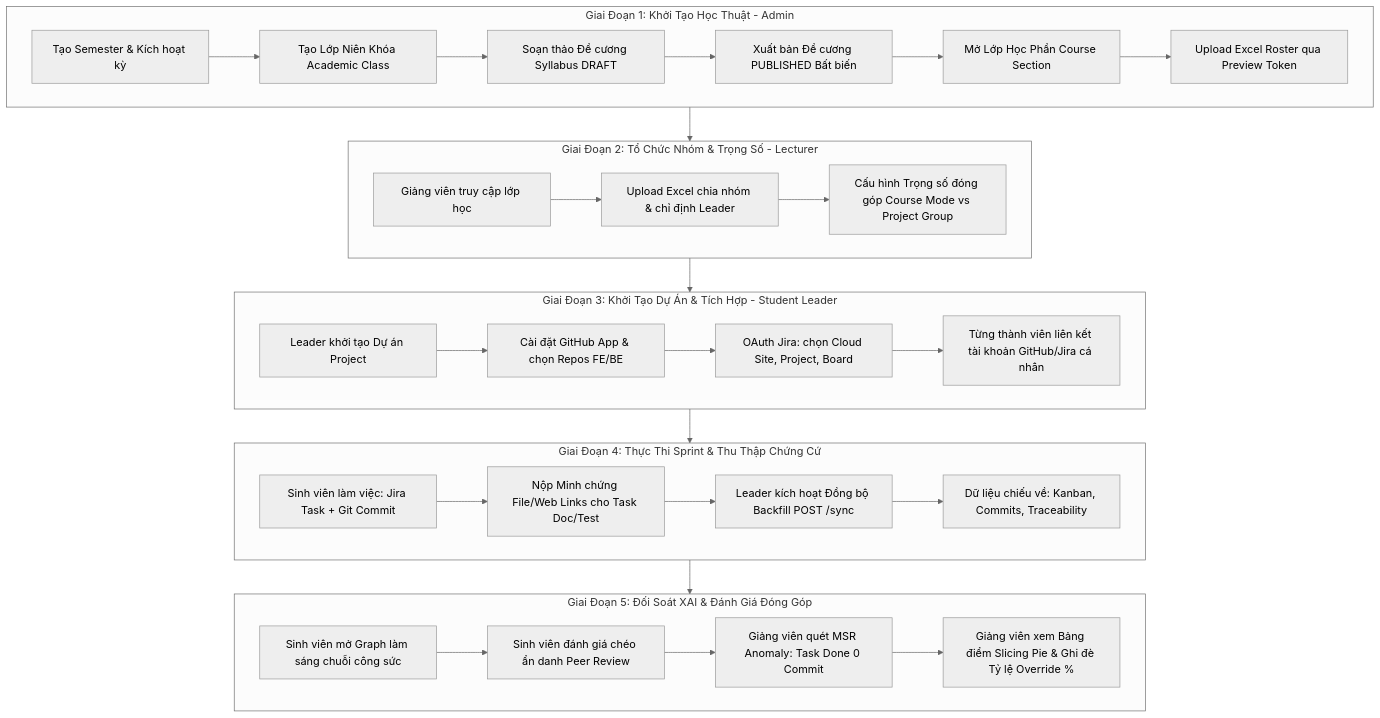
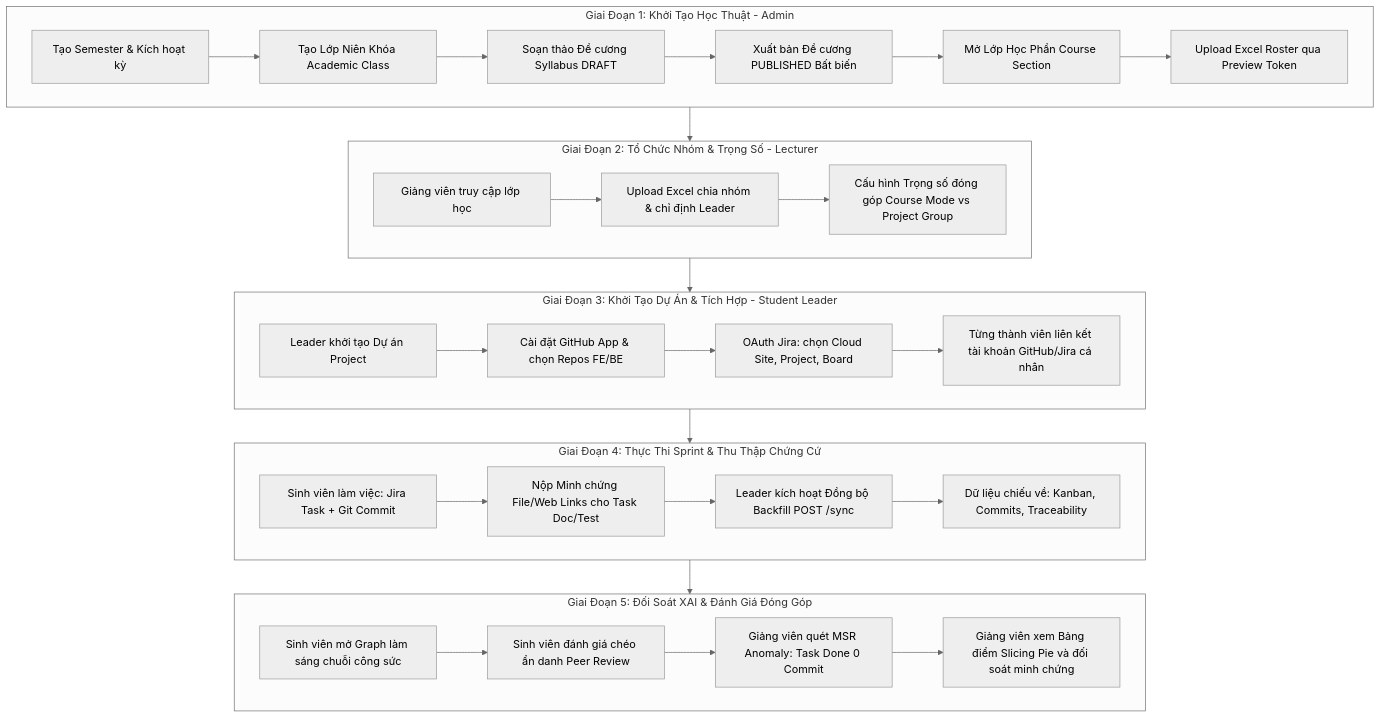
The diagram in docs/capstone-defense/04-main-flow-and-capstone-case-study.md (Saga-Learning-to-Hero/saga-fe), drawn with Mermaid (neutral theme) before and after one commit. The commit also changed other lines of this file and 13 other files, not shown here.

````diff
--- a/docs/capstone-defense/04-main-flow-and-capstone-case-study.md
+++ b/docs/capstone-defense/04-main-flow-and-capstone-case-study.md
@@ -31,35 +31,35 @@
 ```mermaid
 flowchart TD
     subgraph G1 [Giai Đoạn 1: Khởi Tạo Học Thuật - Admin]
         A1[Tạo Semester & Kích hoạt kỳ] --> A2[Tạo Lớp Niên Khóa Academic Class]
         A2 --> A3[Soạn thảo Đề cương Syllabus DRAFT]
         A3 --> A4[Xuất bản Đề cương PUBLISHED Bất biến]
         A4 --> A5[Mở Lớp Học Phần Course Section]
         A5 --> A6[Upload Excel Roster qua Preview Token]
     end
 
     subgraph G2 [Giai Đoạn 2: Tổ Chức Nhóm & Trọng Số - Lecturer]
         B1[Giảng viên truy cập lớp học] --> B2[Upload Excel chia nhóm & chỉ định Leader]
         B2 --> B3[Cấu hình Trọng số đóng góp Course Mode vs Project Group]
     end
 
     subgraph G3 [Giai Đoạn 3: Khởi Tạo Dự Án & Tích Hợp - Student Leader]
         C1[Leader khởi tạo Dự án Project] --> C2[Cài đặt GitHub App & chọn Repos FE/BE]
         C2 --> C3[OAuth Jira: chọn Cloud Site, Project, Board]
         C3 --> C4[Từng thành viên liên kết tài khoản GitHub/Jira cá nhân]
     end
 
     subgraph G4 [Giai Đoạn 4: Thực Thi Sprint & Thu Thập Chứng Cứ]
         D1[Sinh viên làm việc: Jira Task + Git Commit] --> D2[Nộp Minh chứng File/Web Links cho Task Doc/Test]
         D2 --> D3[Leader kích hoạt Đồng bộ Backfill POST /sync]
         D3 --> D4[Dữ liệu chiếu về: Kanban, Commits, Traceability]
     end
 
     subgraph G5 [Giai Đoạn 5: Đối Soát XAI & Đánh Giá Đóng Góp]
         E1[Sinh viên mở Graph làm sáng chuỗi công sức] --> E2[Sinh viên đánh giá chéo ẩn danh Peer Review]
         E2 --> E3[Giảng viên quét MSR Anomaly: Task Done 0 Commit]
-        E3 --> E4[Giảng viên xem Bảng điểm Slicing Pie & Ghi đè Tỷ lệ Override %]
+        E3 --> E4[Giảng viên xem Bảng điểm Slicing Pie và đối soát minh chứng]
     end
 
     G1 --> G2 --> G3 --> G4 --> G5
 ```
````
